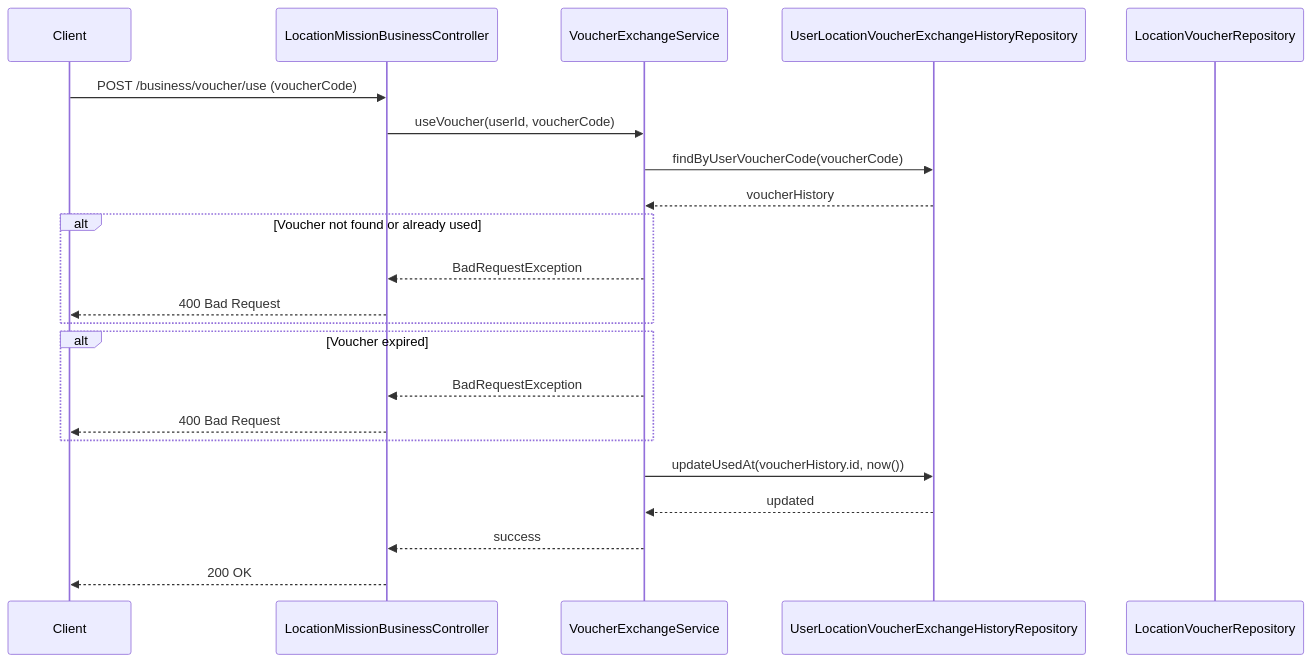
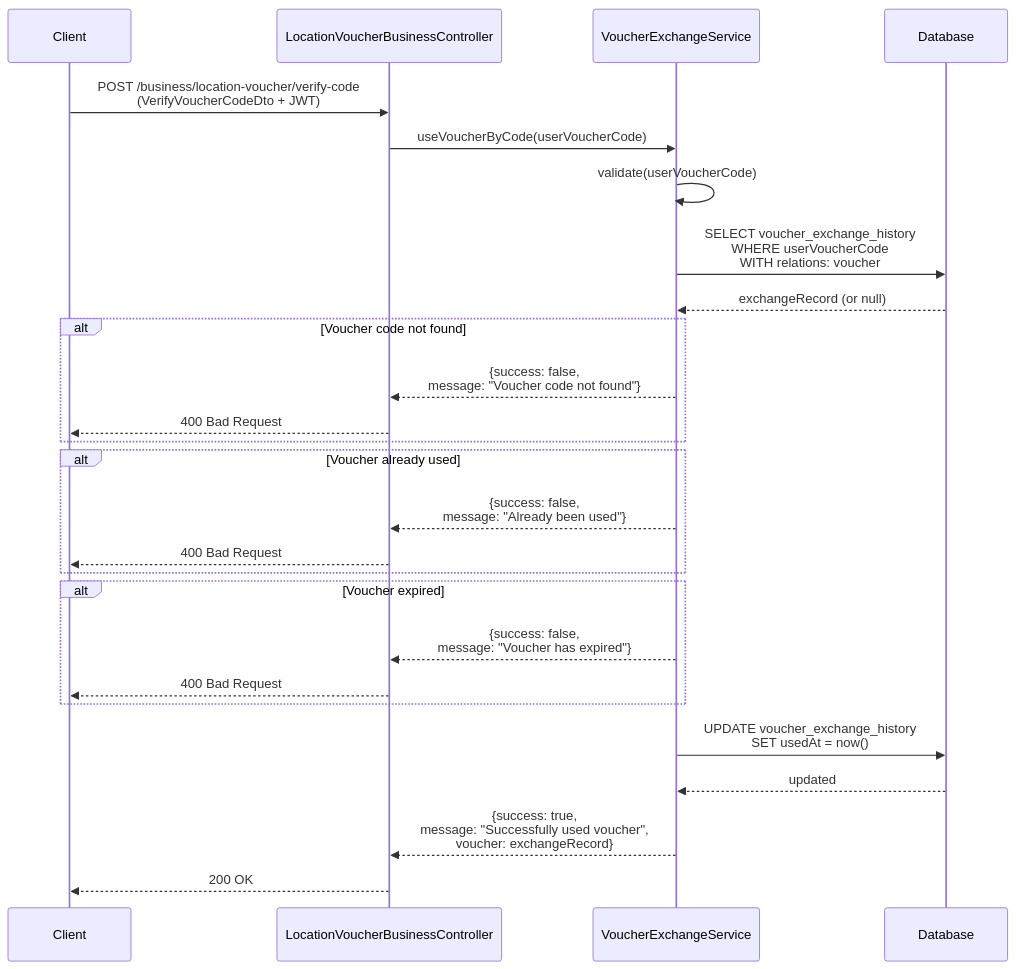
The sixth of 7 diagrams in docs/diagrams/sequence-diagrams.md (UrbanLens-2025/urban-lens_server), drawn with Mermaid before and after one commit. The commit also changed other lines of this file and 20 other files, not shown here.

````diff
--- a/docs/diagrams/sequence-diagrams.md
+++ b/docs/diagrams/sequence-diagrams.md
@@ -292,30 +243,35 @@
 ```mermaid
 sequenceDiagram
     participant Client
-    participant BusinessController as LocationMissionBusinessController
-    participant VoucherExchangeService
-    participant VoucherHistoryRepository as UserLocationVoucherExchangeHistoryRepository
-    participant VoucherRepository as LocationVoucherRepository
+    participant VoucherController as LocationVoucherBusinessController
+    participant VoucherService as VoucherExchangeService
+    participant Database
 
-    Client->>BusinessController: POST /business/voucher/use (voucherCode)
-    BusinessController->>VoucherExchangeService: useVoucher(userId, voucherCode)
+    Client->>VoucherController: POST /business/location-voucher/verify-code<br/>(VerifyVoucherCodeDto + JWT)
+    VoucherController->>VoucherService: useVoucherByCode(userVoucherCode)
 
-    VoucherExchangeService->>VoucherHistoryRepository: findByUserVoucherCode(voucherCode)
-    VoucherHistoryRepository-->>VoucherExchangeService: voucherHistory
+    VoucherService->>VoucherService: validate(userVoucherCode)
+    VoucherService->>Database: SELECT voucher_exchange_history<br/>WHERE userVoucherCode<br/>WITH relations: voucher
+    Database-->>VoucherService: exchangeRecord (or null)
 
-    alt Voucher not found or already used
-        VoucherExchangeService-->>BusinessController: BadRequestException
-        BusinessController-->>Client: 400 Bad Request
+    alt Voucher code not found
+        VoucherService-->>VoucherController: {success: false,<br/>message: "Voucher code not found"}
+        VoucherController-->>Client: 400 Bad Request
+    end
+
+    alt Voucher already used
+        VoucherService-->>VoucherController: {success: false,<br/>message: "Already been used"}
+        VoucherController-->>Client: 400 Bad Request
     end
 
     alt Voucher expired
-        VoucherExchangeService-->>BusinessController: BadRequestException
-        BusinessController-->>Client: 400 Bad Request
+        VoucherService-->>VoucherController: {success: false,<br/>message: "Voucher has expired"}
+        VoucherController-->>Client: 400 Bad Request
     end
 
-    VoucherExchangeService->>VoucherHistoryRepository: updateUsedAt(voucherHistory.id, now())
-    VoucherHistoryRepository-->>VoucherExchangeService: updated
+    VoucherService->>Database: UPDATE voucher_exchange_history<br/>SET usedAt = now()
+    Database-->>VoucherService: updated
 
-    VoucherExchangeService-->>BusinessController: success
-    BusinessController-->>Client: 200 OK
+    VoucherService-->>VoucherController: {success: true,<br/>message: "Successfully used voucher",<br/>voucher: exchangeRecord}
+    VoucherController-->>Client: 200 OK
 ```
````
